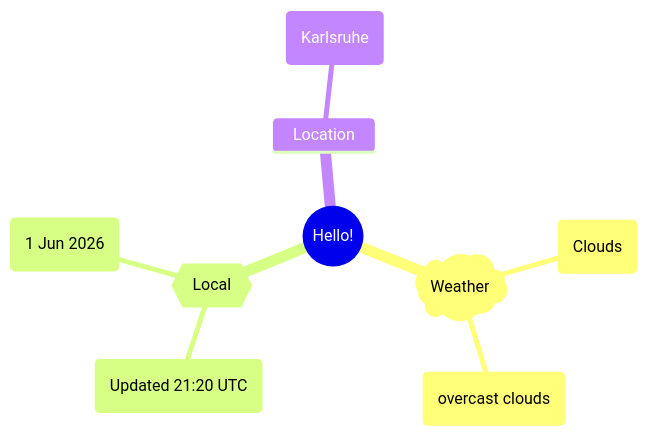
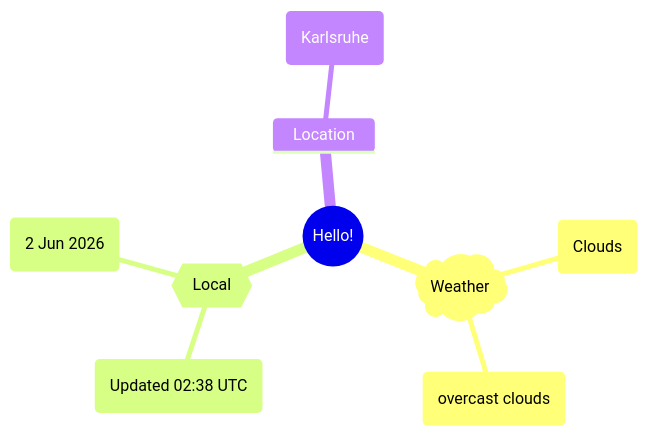
The first of 2 diagrams in README.md (Xosrov/Xosrov), drawn with Mermaid before and after one commit.

Commit message:
[bot] updated images

````diff
--- a/README.md
+++ b/README.md
@@ -3,12 +3,12 @@
 ```mermaid
 mindmap
   root((Hello!))
     )Weather(
         (Clouds)
         (overcast clouds)
     {{Local}}
-        (Updated 21:20 UTC)
-        (1 Jun 2026)
+        (Updated 02:38 UTC)
+        (2 Jun 2026)
     Location
         (Karlsruhe)
 ```
````
